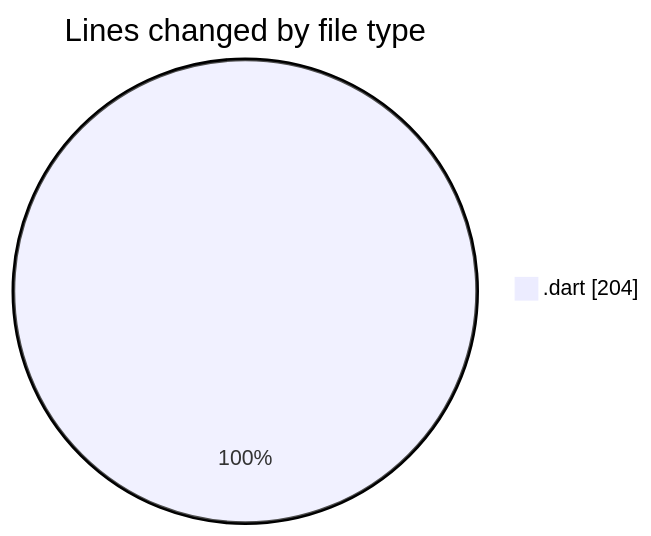
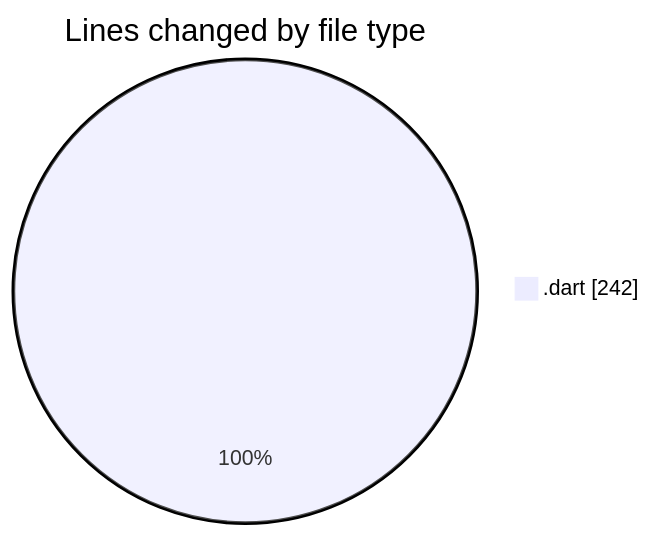
Before and after one commit to donsfak/code-tracking: the first of 2 diagrams in 2025-02-27/uber_clone/README.md, drawn with Mermaid. The commit also changed other lines of this file and 1 other file, not shown here.

````diff
--- a/2025-02-27/uber_clone/README.md
+++ b/2025-02-27/uber_clone/README.md
@@ -20,5 +20,5 @@
 ```mermaid
 pie showData
 title Lines changed by file type
-".dart" : 204
+".dart" : 242
 ```
````
